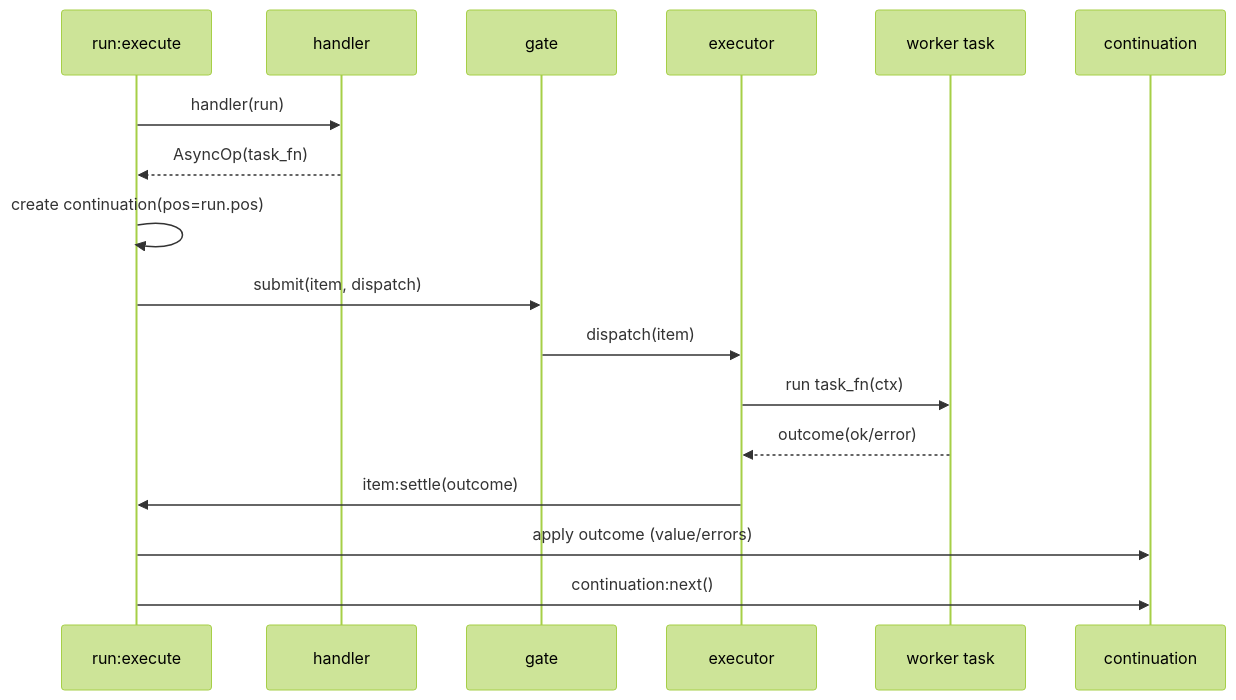
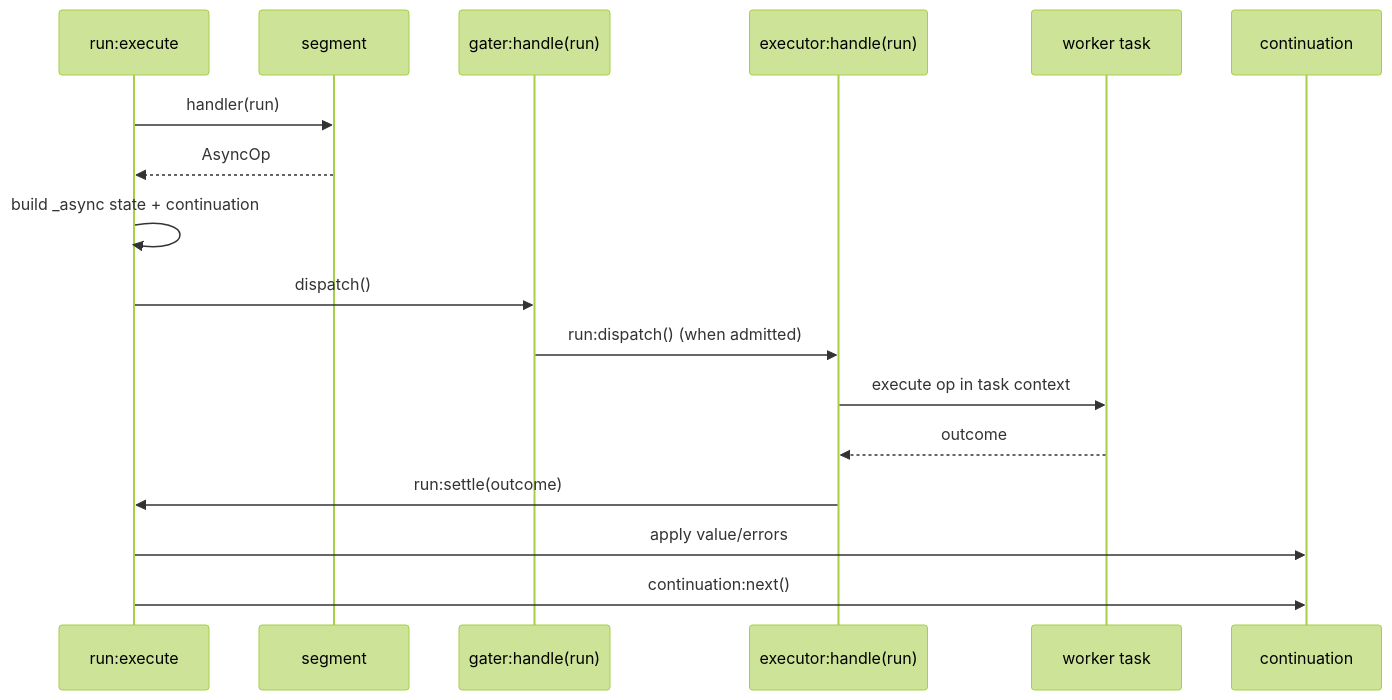
One commit to rektide/pipe-line-lua changed the second of 2 diagrams in doc/discovery/async5.md. Above: the diagram before and after it, drawn with Mermaid (forest theme). The commit also changed other lines of this file, not shown here.

Commit message:
refine async5 around segment-owned aspects

````diff
--- a/doc/discovery/async5.md
+++ b/doc/discovery/async5.md
@@ -513,20 +513,20 @@
 ```mermaid
 sequenceDiagram
     participant run as run:execute
-    participant seg as handler
-    participant gate as gate
-    participant exec as executor
+    participant seg as segment
+    participant gater as gater:handle(run)
+    participant exec as executor:handle(run)
     participant worker as worker task
     participant cont as continuation
 
     run->>seg: handler(run)
-    seg-->>run: AsyncOp(task_fn)
-    run->>run: create continuation(pos=run.pos)
-    run->>gate: submit(item, dispatch)
-    gate->>exec: dispatch(item)
-    exec->>worker: run task_fn(ctx)
-    worker-->>exec: outcome(ok/error)
-    exec->>run: item:settle(outcome)
-    run->>cont: apply outcome (value/errors)
+    seg-->>run: AsyncOp
+    run->>run: build _async state + continuation
+    run->>gater: dispatch()
+    gater->>exec: run:dispatch() (when admitted)
+    exec->>worker: execute op in task context
+    worker-->>exec: outcome
+    exec->>run: run:settle(outcome)
+    run->>cont: apply value/errors
     run->>cont: continuation:next()
 ```
````
